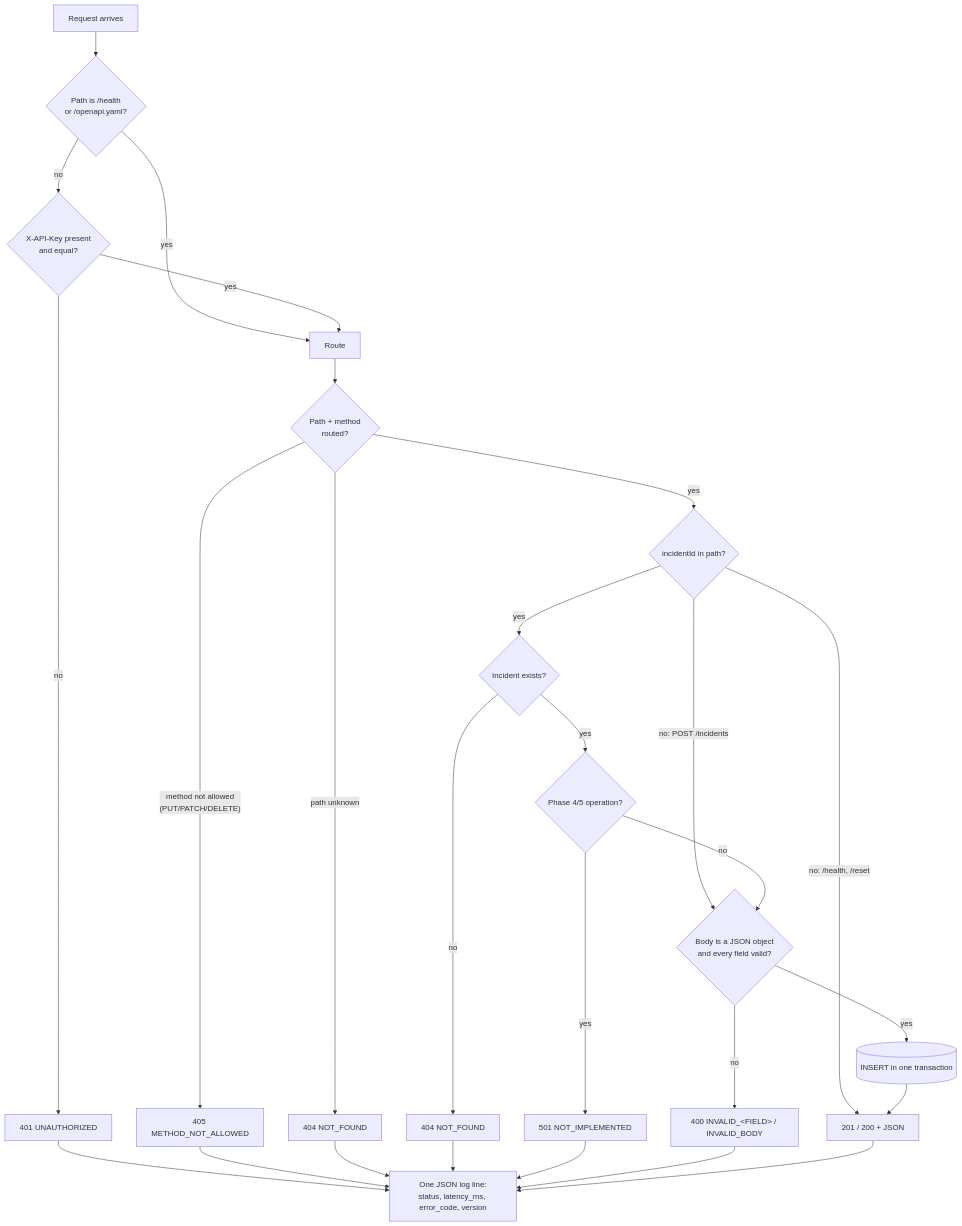
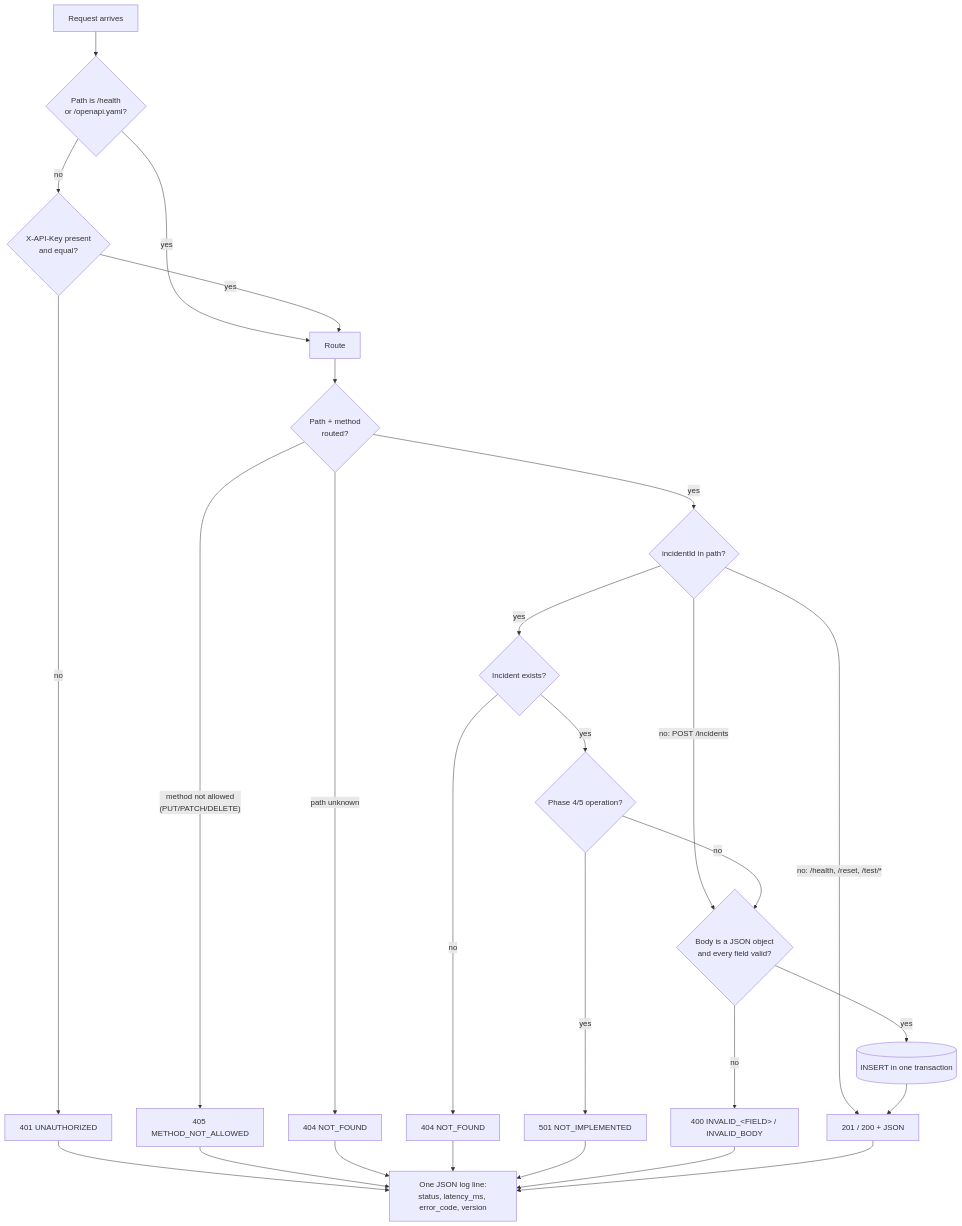
Before and after one commit to saachikayadav/incident-clock: the fifth of 5 diagrams in docs/models.md, drawn with Mermaid. The commit also changed other lines of this file and 33 other files, not shown here.

````diff
--- a/docs/models.md
+++ b/docs/models.md
@@ -138,23 +199,23 @@
 ```mermaid
 flowchart TD
   A[Request arrives] --> P{Path is /health<br/>or /openapi.yaml?}
   P -- yes --> R[Route]
   P -- no --> K{X-API-Key present<br/>and equal?}
   K -- no --> E401[401 UNAUTHORIZED]
   K -- yes --> R
   R --> M{Path + method<br/>routed?}
   M -- "path unknown" --> E404a[404 NOT_FOUND]
   M -- "method not allowed<br/>(PUT/PATCH/DELETE)" --> E405[405 METHOD_NOT_ALLOWED]
   M -- yes --> X{incidentId in path?}
   X -- "no: POST /incidents" --> B
-  X -- "no: /health, /reset" --> OK
+  X -- "no: /health, /reset, /test/*" --> OK
   X -- yes --> F{Incident exists?}
   F -- no --> E404b[404 NOT_FOUND]
   F -- yes --> I{Phase 4/5 operation?}
   I -- yes --> E501[501 NOT_IMPLEMENTED]
   I -- no --> B{Body is a JSON object<br/>and every field valid?}
   B -- no --> E400["400 INVALID_&lt;FIELD&gt; / INVALID_BODY"]
   B -- yes --> W[(INSERT in one transaction)]
   W --> OK[201 / 200 + JSON]
   E401 & E405 & E404a & E404b & E501 & E400 & OK --> L[One JSON log line:<br/>status, latency_ms, error_code, version]
 ```
````
